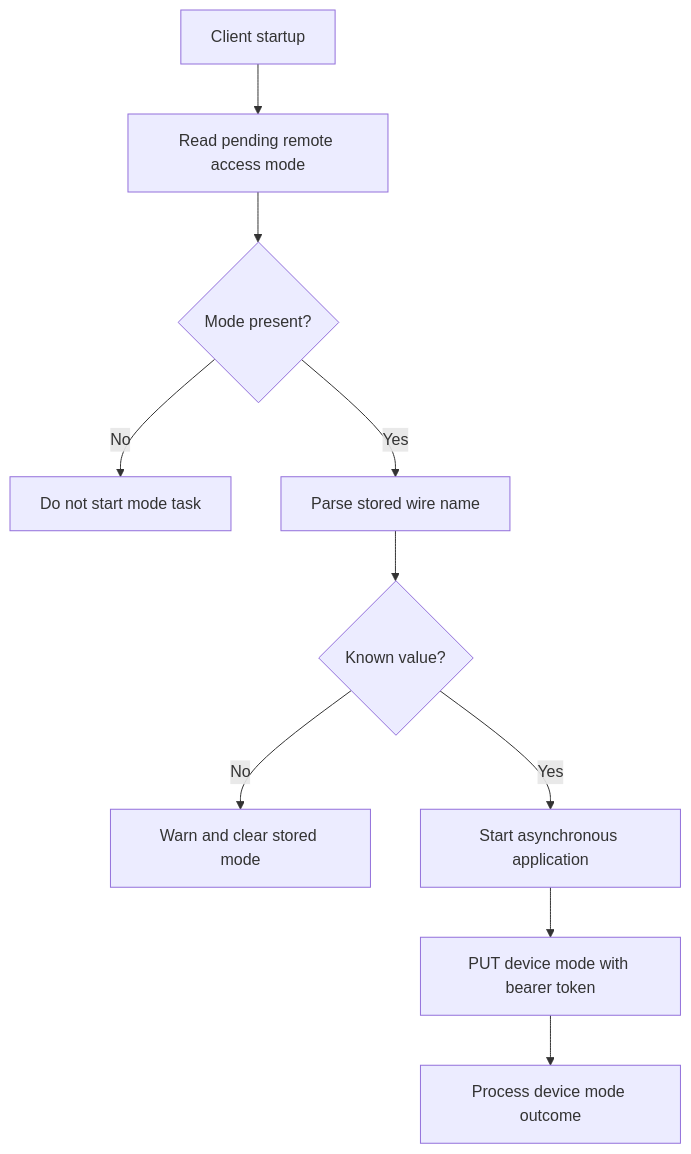
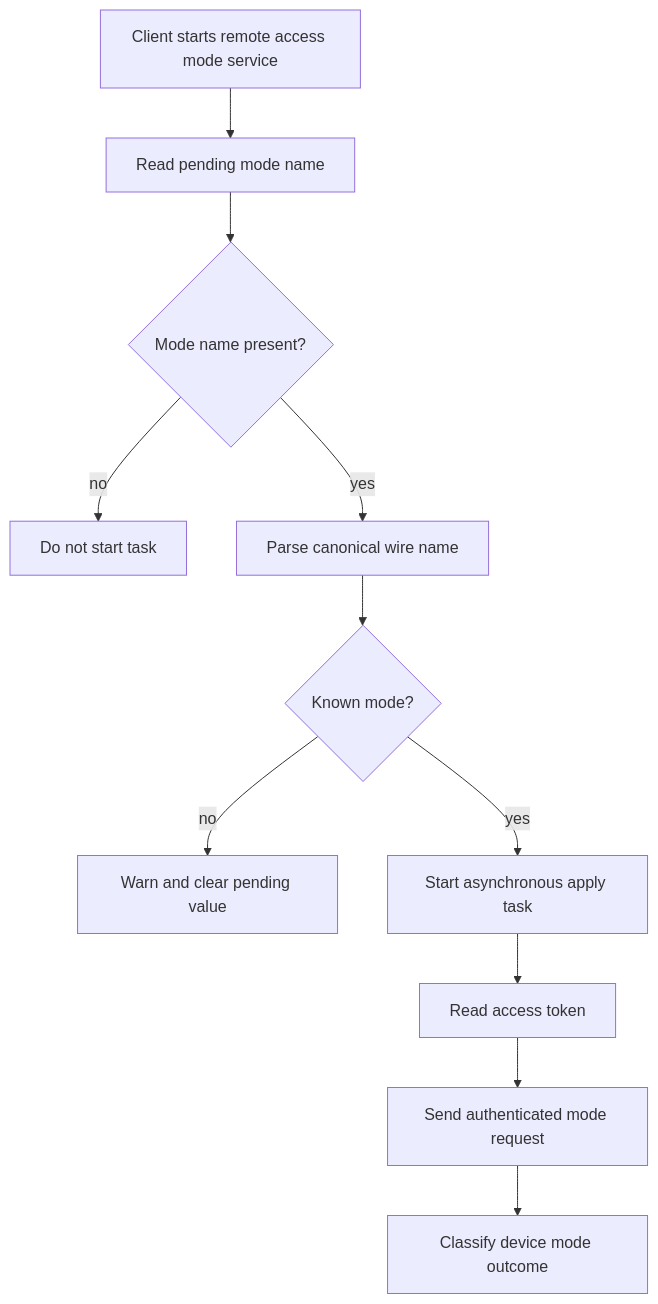
The third of 4 diagrams in docs/reference/architecture/openframe-client-core/model-remote-access-mode/model-remote-access-mode.md (flamingo-stack/openframe-oss-tenant), drawn with Mermaid before and after one commit. The commit also changed other lines of this file and 2377 other files, not shown here.

````diff
--- a/docs/reference/architecture/openframe-client-core/model-remote-access-mode/model-remote-access-mode.md
+++ b/docs/reference/architecture/openframe-client-core/model-remote-access-mode/model-remote-access-mode.md
@@ -83,12 +98,13 @@
 ```mermaid
 flowchart TD
-    Start["Client startup"] --> Read["Read pending remote access mode"]
-    Read --> Present{"Mode present?"}
-    Present -->|"No"| Stop["Do not start mode task"]
-    Present -->|"Yes"| Parse["Parse stored wire name"]
-    Parse --> Known{"Known value?"}
-    Known -->|"No"| Drop["Warn and clear stored mode"]
-    Known -->|"Yes"| Apply["Start asynchronous application"]
-    Apply --> Request["PUT device mode with bearer token"]
-    Request --> Outcome["Process device mode outcome"]
+    Start["Client starts remote access mode service"] --> ReadConfig["Read pending mode name"]
+    ReadConfig --> HasValue{"Mode name present?"}
+    HasValue -->|"no"| NoTask["Do not start task"]
+    HasValue -->|"yes"| ParseMode["Parse canonical wire name"]
+    ParseMode --> KnownMode{"Known mode?"}
+    KnownMode -->|"no"| ClearMode["Warn and clear pending value"]
+    KnownMode -->|"yes"| SpawnTask["Start asynchronous apply task"]
+    SpawnTask --> GetToken["Read access token"]
+    GetToken --> PutMode["Send authenticated mode request"]
+    PutMode --> Outcome["Classify device mode outcome"]
 ```
````
